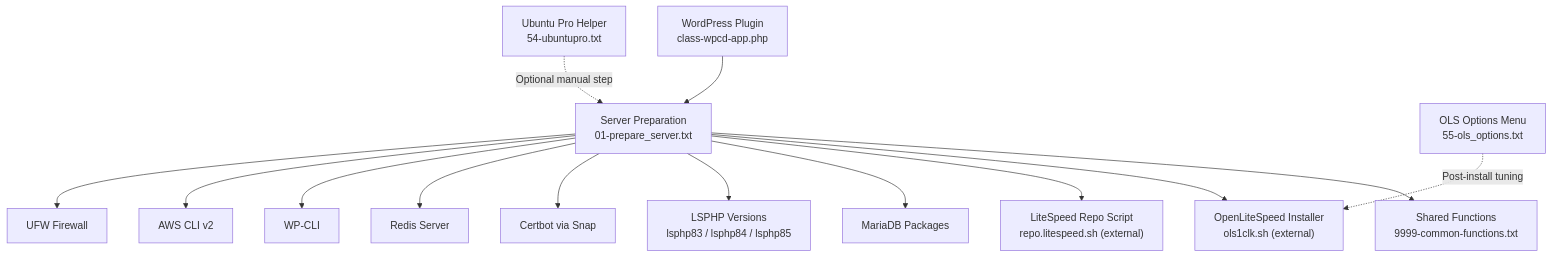
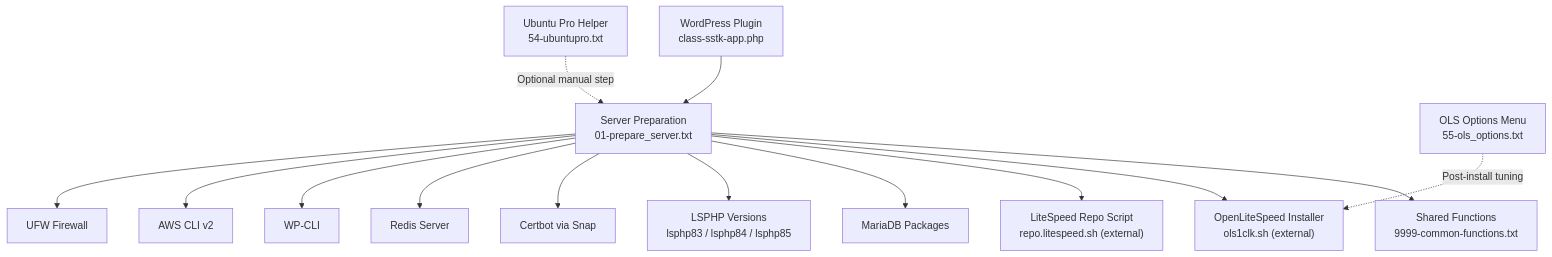
Before and after one commit to onedogsolutions/simple-stack: the first of 7 diagrams in .qoder/repowiki/en/content/WordPress Application Engine/Server Provisioning Scripts/Server Preparation Scripts.md, drawn with Mermaid. The commit also changed other lines of this file and 5941 other files, not shown here.

````diff
--- a/.qoder/repowiki/en/content/WordPress Application Engine/Server Provisioning Scripts/Server Preparation Scripts.md
+++ b/.qoder/repowiki/en/content/WordPress Application Engine/Server Provisioning Scripts/Server Preparation Scripts.md
@@ -51,16 +51,16 @@
 ```mermaid
 graph TB
-App["WordPress Plugin<br/>class-wpcd-app.php"] --> Prep["Server Preparation<br/>01-prepare_server.txt"]
+App["WordPress Plugin<br/>class-sstk-app.php"] --> Prep["Server Preparation<br/>01-prepare_server.txt"]
 Prep --> Common["Shared Functions<br/>9999-common-functions.txt"]
 Prep --> OLS["OpenLiteSpeed Installer<br/>ols1clk.sh (external)"]
 Prep --> Repo["LiteSpeed Repo Script<br/>repo.litespeed.sh (external)"]
 Prep --> MariaDB["MariaDB Packages"]
 Prep --> PHP["LSPHP Versions<br/>lsphp83 / lsphp84 / lsphp85"]
 Prep --> Certbot["Certbot via Snap"]
 Prep --> Redis["Redis Server"]
 Prep --> WPCLI["WP-CLI"]
 Prep --> AWSCLI["AWS CLI v2"]
 Prep --> UFW["UFW Firewall"]
 AdminMenu["OLS Options Menu<br/>55-ols_options.txt"] -. "Post-install tuning" .-> OLS
 UbuntuPro["Ubuntu Pro Helper<br/>54-ubuntupro.txt"] -. "Optional manual step" .-> Prep
 ```
````
